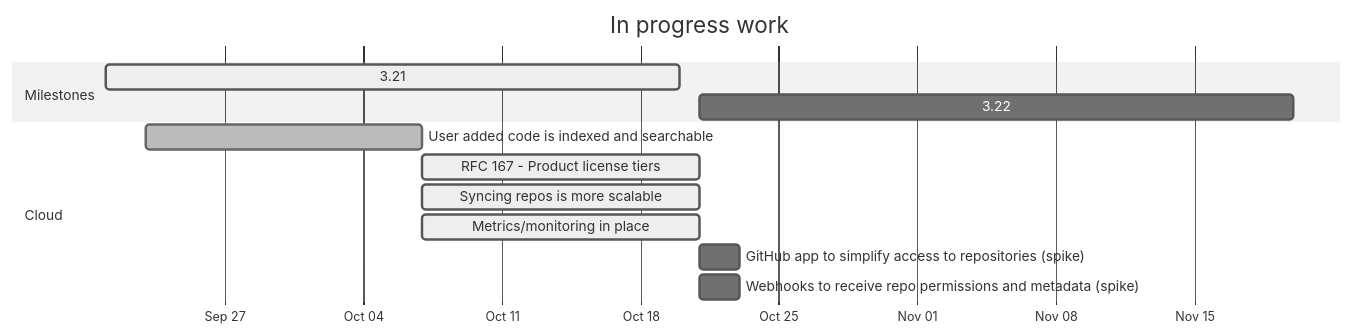
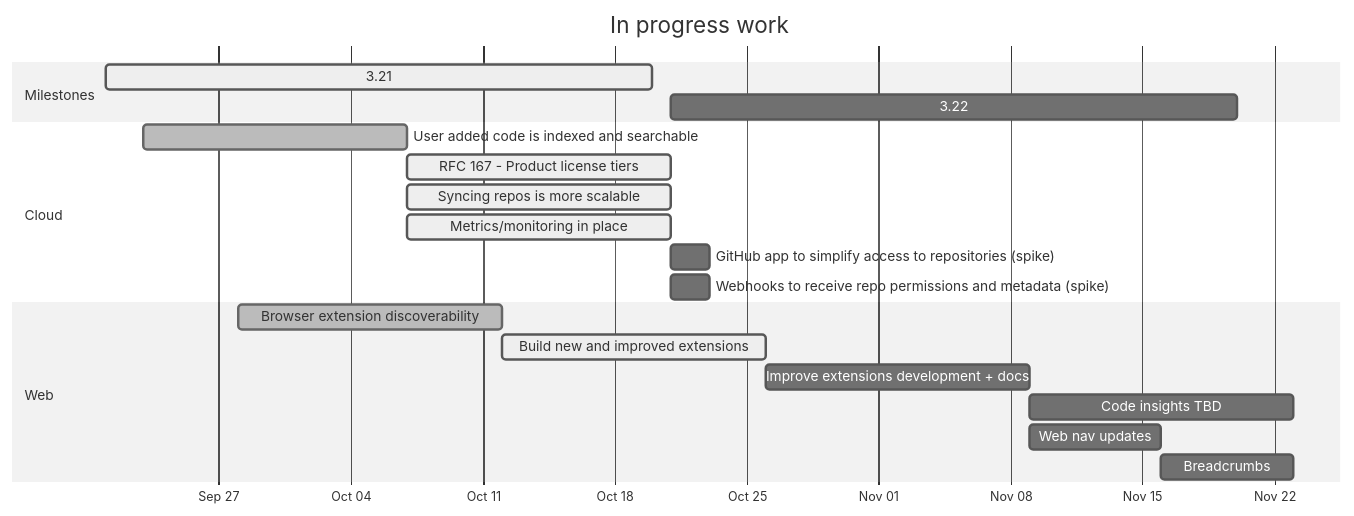
One commit to sourcegraph/about changed the diagram in handbook/product/roadmap.md. Above: the diagram before and after it, drawn with Mermaid (neutral theme). The commit also changed other lines of this file, not shown here.

First line of the commit message:
Draft of the web team roadmap (#1735)

```diff
--- a/handbook/product/roadmap.md
+++ b/handbook/product/roadmap.md
@@ -7,30 +7,35 @@
 <pre class="mermaid" data-rendered-width="150%" data-scroll-right="50%">
 gantt
     title In progress work
     dateFormat YYYY-MM-DD
     axisFormat %b %d
 
 section Milestones
     3.21 :active, release-3.21, 2020-09-21, 2020-10-20
     3.22 :        release-3.22, 2020-10-21, 2020-11-20
 
 %% section Campaigns
 %%     TO DO :active, after release-3.21, 30d
 
 section Cloud
     User added code is indexed and searchable                 :done,   2020-09-23, 2020-10-07
     RFC 167 - Product license tiers                           :active, 2020-10-07, 14d
     Syncing repos is more scalable                            :active, 2020-10-07, 14d
     Metrics/monitoring in place                               :active, 2020-10-07, 14d
     GitHub app to simplify access to repositories (spike)     :        2020-10-21, 2d
     Webhooks to receive repo permissions and metadata (spike) :        2020-10-21, 2d
 
 %% section Code intel
 %%     TO DO :active, after release-3.21, 30d
 
-%% section Web
-%%     TO DO :active, after release-3.21, 30d
+section Web
+    Browser extension discoverability                         :done,    2020-09-28, 14d
+    Build new and improved extensions                         :active,   2020-10-12, 14d
+    Improve extensions development + docs                     :         2020-10-26, 14d
+    Code insights TBD                                         :         2020-11-09, 14d
+    Web nav updates                                           :         2020-11-09, 7d
+    Breadcrumbs                                               :         2020-11-16, 7d
 
 %% section Search
 %%     TO DO :active, after release-3.21, 30d
 </pre>
```
